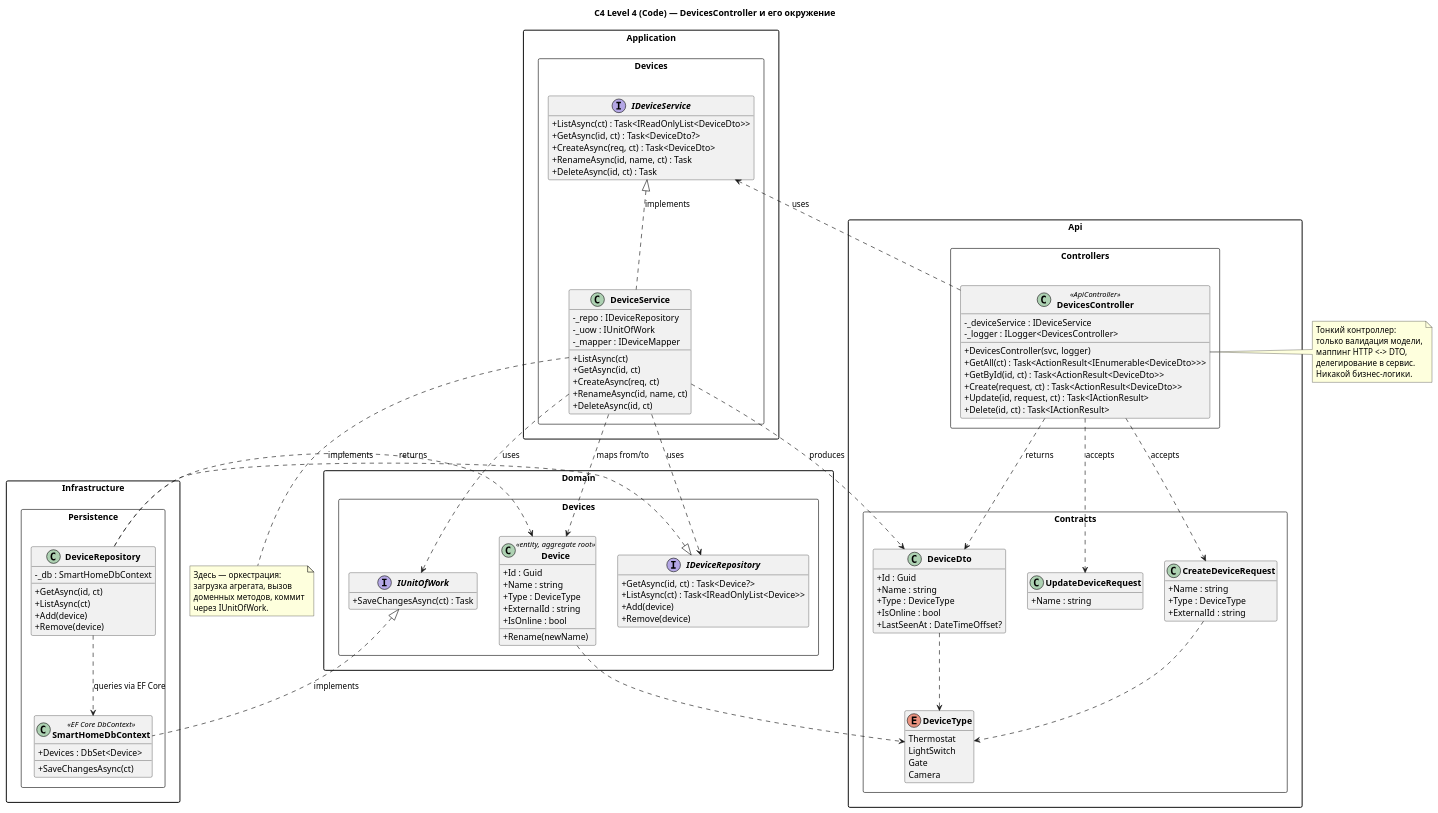
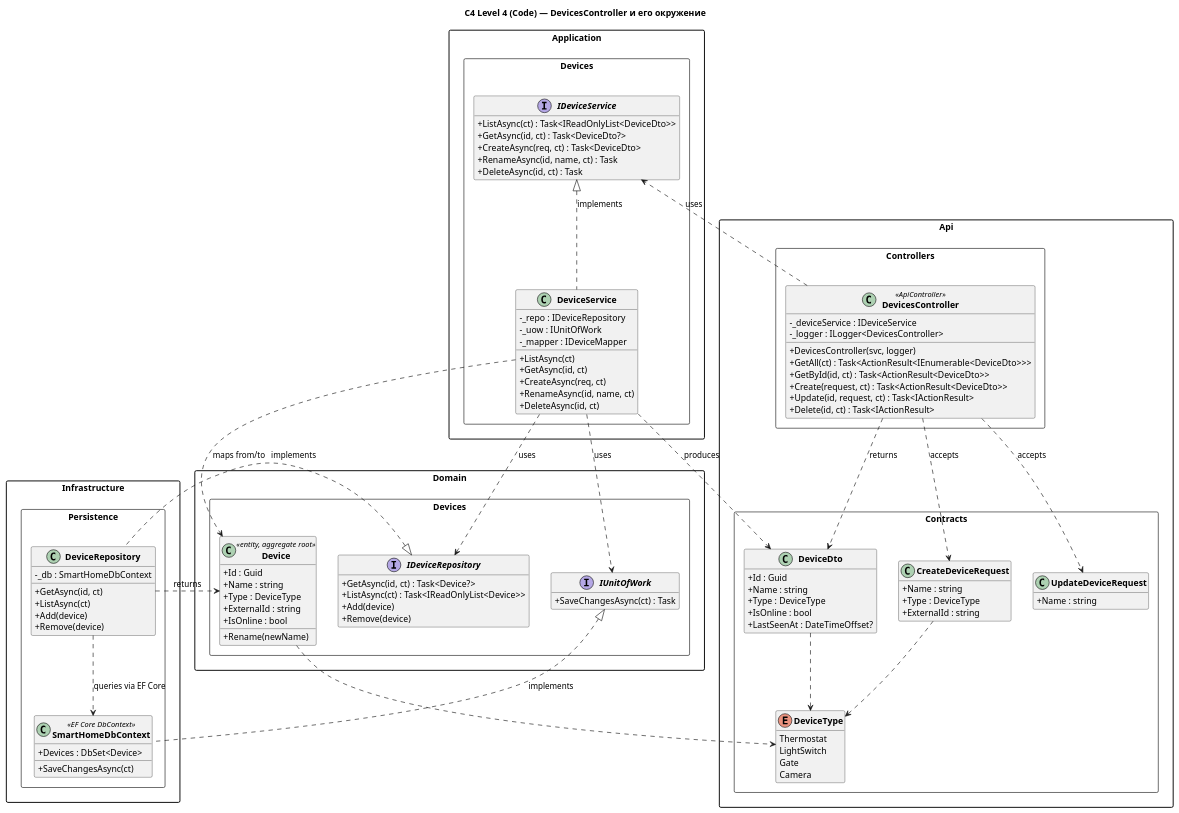
The diagram in schemas/task_2_c4_code_devicesController.puml (anatalin/architecture-pro-warmhouse), drawn with PlantUML before and after one commit. The commit also changed 5 other files, not shown here.

```diff
--- a/schemas/task_2_c4_code_devicesController.puml
+++ b/schemas/task_2_c4_code_devicesController.puml
@@ -1,144 +1,129 @@
 @startuml C4_Code_DevicesController
 ' C4 Level 4 — Code (UML class diagram) для DevicesController
 ' Показывает реальные классы, интерфейсы и их связи
 
 title C4 Level 4 (Code) — DevicesController и его окружение
 
 skinparam classAttributeIconSize 0
 skinparam classFontStyle bold
 skinparam packageStyle rectangle
 hide empty members
 
 ' ==================== API Layer ====================
 package "Api.Controllers" <<Rectangle>> {
     class DevicesController <<ApiController>> {
         - _deviceService : IDeviceService
         - _logger : ILogger<DevicesController>
         + DevicesController(svc, logger)
         + GetAll(ct) : Task<ActionResult<IEnumerable<DeviceDto>>>
         + GetById(id, ct) : Task<ActionResult<DeviceDto>>
         + Create(request, ct) : Task<ActionResult<DeviceDto>>
         + Update(id, request, ct) : Task<IActionResult>
         + Delete(id, ct) : Task<IActionResult>
     }
 }
 
 ' ==================== Contracts (DTO / Requests) ====================
 package "Api.Contracts" <<Rectangle>> {
     class DeviceDto {
         + Id : Guid
         + Name : string
         + Type : DeviceType
         + IsOnline : bool
         + LastSeenAt : DateTimeOffset?
     }
     class CreateDeviceRequest {
         + Name : string
         + Type : DeviceType
         + ExternalId : string
     }
     class UpdateDeviceRequest {
         + Name : string
     }
     enum DeviceType {
         Thermostat
         LightSwitch
         Gate
         Camera
     }
 }
 
 ' ==================== Application Layer ====================
 package "Application.Devices" <<Rectangle>> {
     interface IDeviceService {
         + ListAsync(ct) : Task<IReadOnlyList<DeviceDto>>
         + GetAsync(id, ct) : Task<DeviceDto?>
         + CreateAsync(req, ct) : Task<DeviceDto>
         + RenameAsync(id, name, ct) : Task
         + DeleteAsync(id, ct) : Task
     }
     class DeviceService {
         - _repo : IDeviceRepository
         - _uow : IUnitOfWork
         - _mapper : IDeviceMapper
         + ListAsync(ct)
         + GetAsync(id, ct)
         + CreateAsync(req, ct)
         + RenameAsync(id, name, ct)
         + DeleteAsync(id, ct)
     }
 }
 
 ' ==================== Domain ====================
 package "Domain.Devices" <<Rectangle>> {
     class Device <<entity, aggregate root>> {
         + Id : Guid
         + Name : string
         + Type : DeviceType
         + ExternalId : string
         + IsOnline : bool
         + Rename(newName)
     }
     interface IDeviceRepository {
         + GetAsync(id, ct) : Task<Device?>
         + ListAsync(ct) : Task<IReadOnlyList<Device>>
         + Add(device)
         + Remove(device)
     }
     interface IUnitOfWork {
         + SaveChangesAsync(ct) : Task
     }
 }
 
 ' ==================== Infrastructure ====================
 package "Infrastructure.Persistence" <<Rectangle>> {
     class DeviceRepository {
         - _db : SmartHomeDbContext
         + GetAsync(id, ct)
         + ListAsync(ct)
         + Add(device)
         + Remove(device)
     }
     class SmartHomeDbContext <<EF Core DbContext>> {
         + Devices : DbSet<Device>
         + SaveChangesAsync(ct)
     }
 }
 
 ' ==================== Связи ====================
 DevicesController ..> IDeviceService : uses
 DevicesController ..> DeviceDto : returns
 DevicesController ..> CreateDeviceRequest : accepts
 DevicesController ..> UpdateDeviceRequest : accepts
 
 IDeviceService <|.. DeviceService : implements
 DeviceService ..> IDeviceRepository : uses
 DeviceService ..> IUnitOfWork : uses
 DeviceService ..> Device : maps from/to
 DeviceService ..> DeviceDto : produces
 
 IDeviceRepository <|.. DeviceRepository : implements
 IUnitOfWork <|.. SmartHomeDbContext : implements
 DeviceRepository ..> SmartHomeDbContext : queries via EF Core
 DeviceRepository ..> Device : returns
 
 CreateDeviceRequest ..> DeviceType
 DeviceDto ..> DeviceType
 Device ..> DeviceType
 
-note right of DevicesController
-  Тонкий контроллер:
-  только валидация модели,
-  маппинг HTTP <-> DTO,
-  делегирование в сервис.
-  Никакой бизнес-логики.
-end note
-
-note bottom of DeviceService
-  Здесь — оркестрация:
-  загрузка агрегата, вызов
-  доменных методов, коммит
-  через IUnitOfWork.
-end note
-
 @enduml
```
